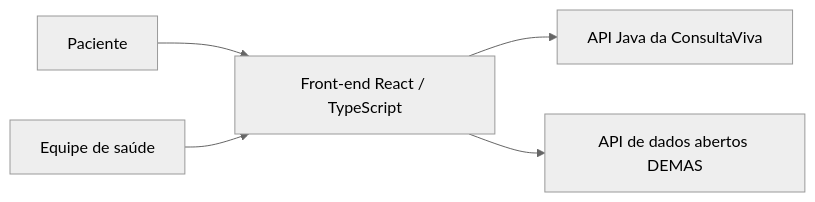
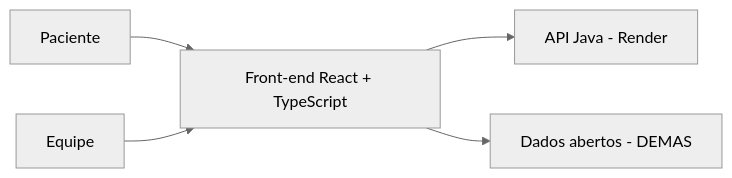
One commit to EnzoNukui/consultaviva-front changed the second of 2 diagrams in README.md. Above: the diagram before and after it, drawn with Mermaid (neutral theme). The commit also changed other lines of this file, not shown here.

````diff
--- a/README.md
+++ b/README.md
@@ -193,7 +263,7 @@
 ```mermaid
 flowchart LR
-    P[Paciente] --> W[Front-end React / TypeScript]
-    E[Equipe de saúde] --> W
-    W --> J[API Java da ConsultaViva]
-    W --> D[API de dados abertos DEMAS]
+    P[Paciente] --> F[Front-end React + TypeScript]
+    E[Equipe] --> F
+    F --> J[API Java - Render]
+    F --> D[Dados abertos - DEMAS]
 ```
````
